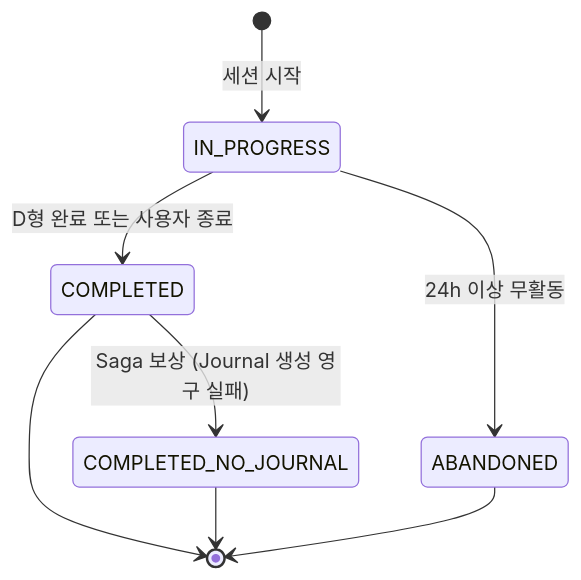
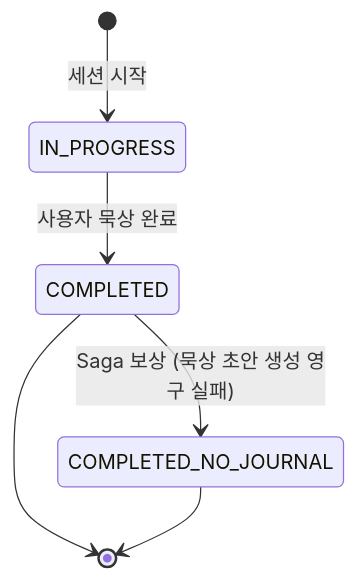
One commit to Tae0072/2nd-Team-Project changed the sixth of 7 diagrams in 02_ERD_문서.md. Above: the diagram before and after it, drawn with Mermaid. The commit also changed other lines of this file and 9 other files, not shown here.

````diff
--- a/02_ERD_문서.md
+++ b/02_ERD_문서.md
@@ -734,10 +816,8 @@
 ```mermaid
 stateDiagram-v2
     [*] --> IN_PROGRESS: 세션 시작
-    IN_PROGRESS --> COMPLETED: D형 완료 또는 사용자 종료
-    IN_PROGRESS --> ABANDONED: 24h 이상 무활동
-    COMPLETED --> COMPLETED_NO_JOURNAL: Saga 보상 (Journal 생성 영구 실패)
+    IN_PROGRESS --> COMPLETED: 사용자 묵상 완료
+    COMPLETED --> COMPLETED_NO_JOURNAL: Saga 보상 (묵상 초안 생성 영구 실패)
     COMPLETED --> [*]
     COMPLETED_NO_JOURNAL --> [*]
-    ABANDONED --> [*]
 ```
````
